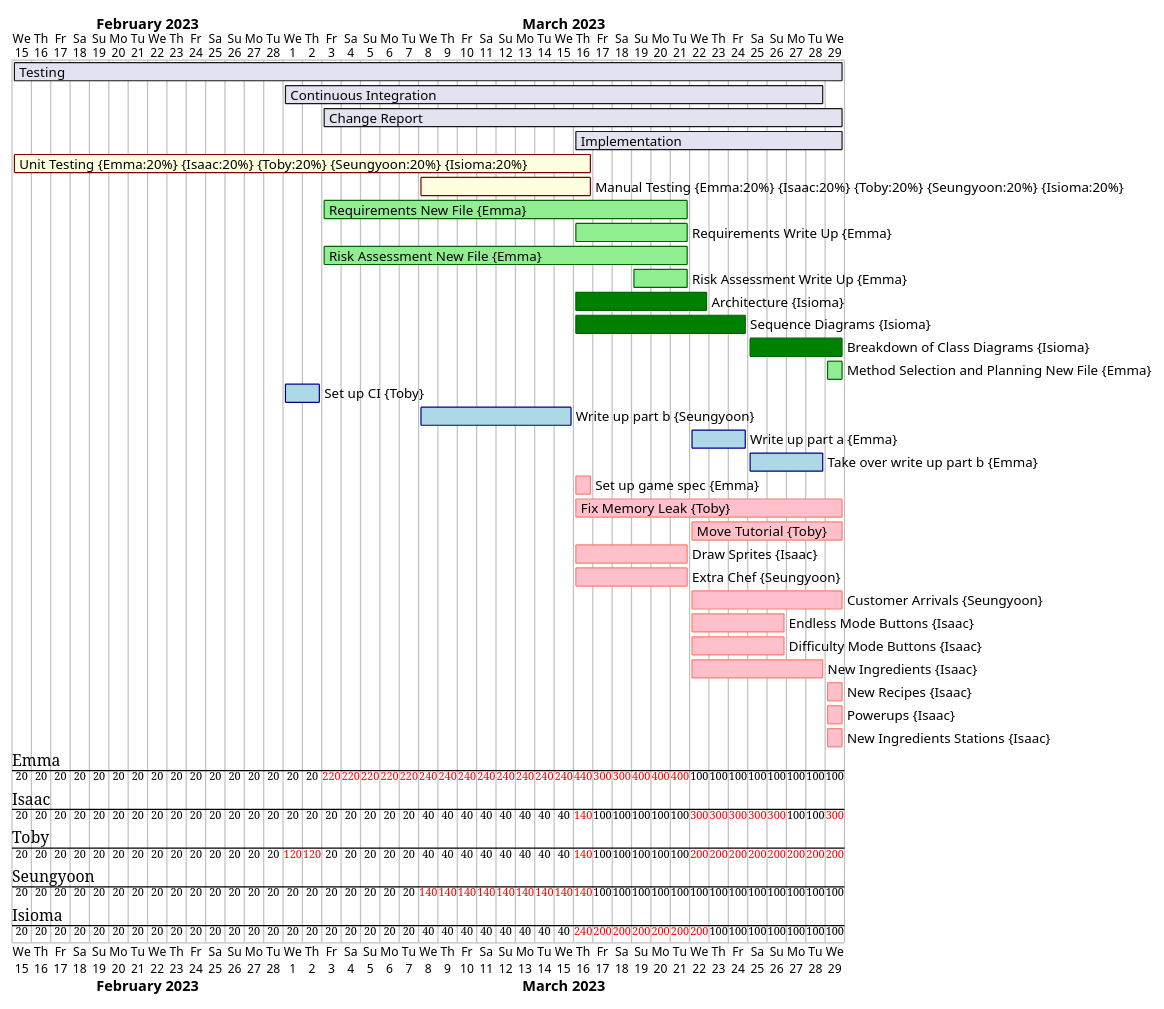
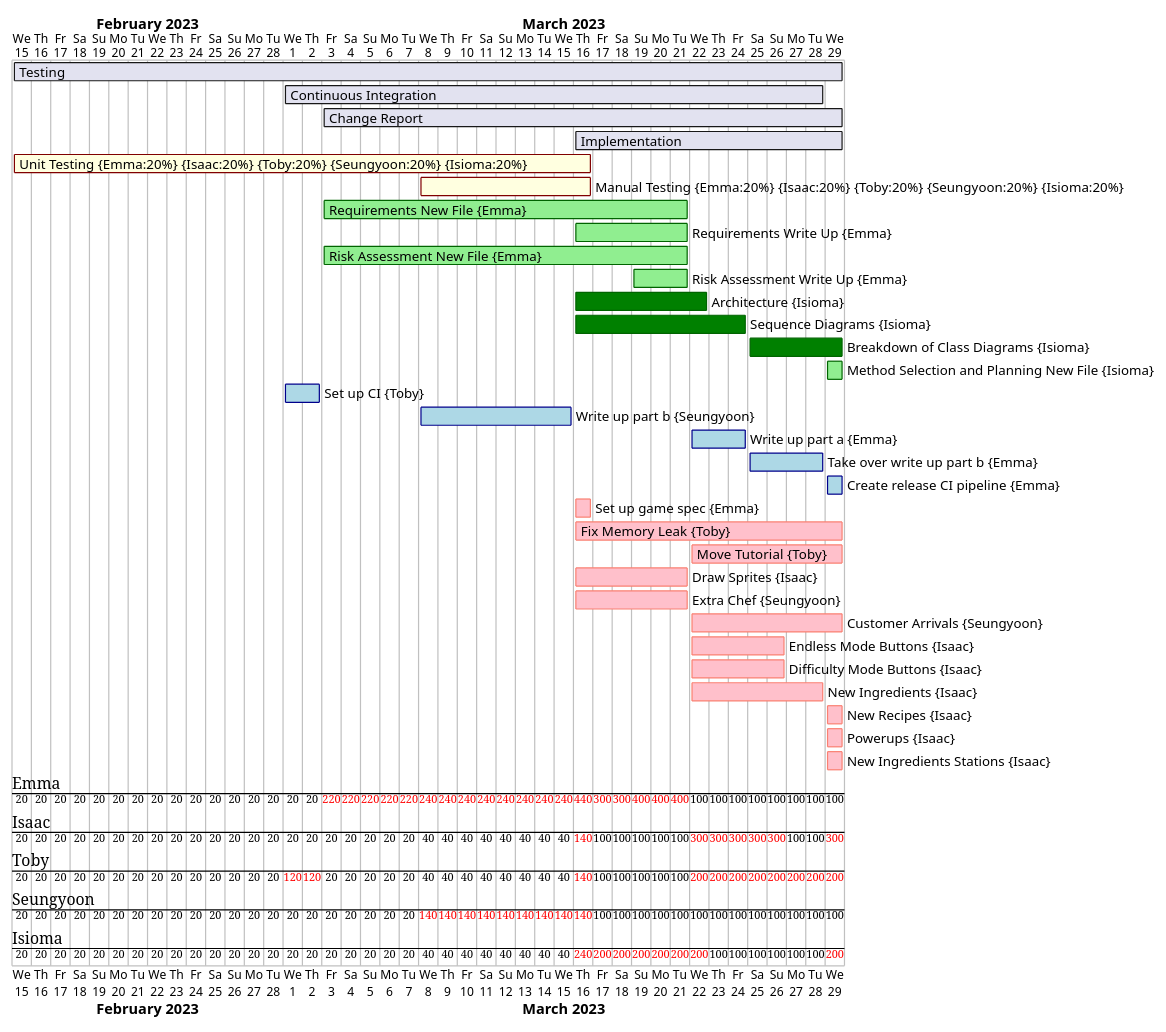
The diagram in gantts/Week6.puml (AsimovENG1/project_eng1_team3), drawn with PlantUML before and after one commit.

Commit message:
Updated week 6

```diff
--- a/gantts/Week6.puml
+++ b/gantts/Week6.puml
@@ -1,43 +1,44 @@
 @startgantt
 
 Project starts 2023-02-15
 
 [Testing] starts 2023-02-15
 [Testing] lasts 43 days
 [Continuous Integration] starts 2023-03-01
 [Continuous Integration] lasts 28 days
 [Change Report] starts 2023-03-03
 [Change Report] lasts 27 days
 [Implementation] starts 2023-03-16
 [Implementation] lasts 14 days
 
 [Unit Testing] on {Emma:20%} {Isaac:20%} {Toby:20%} {Seungyoon:20%} {Isioma:20%} starts 2023-02-15 and ends 2023-03-16 and is colored in LightYellow/Maroon
 [Manual Testing] on {Emma:20%} {Isaac:20%} {Toby:20%} {Seungyoon:20%} {Isioma:20%} starts 2023-03-08 and ends 2023-03-16 and is colored in LightYellow/Maroon
 
 [Requirements New File] on {Emma:100%} starts 2023-03-03 and ends 2023-03-21 and is colored in LightGreen/DarkGreen
 [Requirements Write Up] on {Emma:100%} starts 2023-03-16 and ends 2023-03-21 and is colored in LightGreen/DarkGreen
 [Risk Assessment New File] on {Emma:100%} starts 2023-03-03 and ends 2023-03-21 and is colored in LightGreen/DarkGreen
 [Risk Assessment Write Up] on {Emma:100%} starts 2023-03-19 and ends 2023-03-21 and is colored in LightGreen/DarkGreen
 [Architecture] on {Isioma:100%} starts 2023-03-16 and ends 2023-03-22 and is colored in Green/DarkGreen
 [Sequence Diagrams] on {Isioma:100%} starts 2023-03-16 and ends 2023-03-24 and is colored in Green/DarkGreen
 [Breakdown of Class Diagrams] on {Isioma:100%} starts 2023-03-25 and ends 2023-03-29 and is colored in Green/DarkGreen
-[Method Selection and Planning New File] on {Emma:100%} starts 2023-03-29 and ends 2023-03-29 and is colored in LightGreen/DarkGreen
+[Method Selection and Planning New File] on {Isioma:100%} starts 2023-03-29 and ends 2023-03-29 and is colored in LightGreen/DarkGreen
 
 [Set up CI] on {Toby:100%} starts 2023-03-01 and ends 2023-03-02 and is colored in LightBlue/DarkBlue
 [Write up part b] on {Seungyoon:100%} starts 2023-03-08 and ends 2023-03-15 and is colored in LightBlue/DarkBlue
 [Write up part a] on {Emma:100%} starts 2023-03-22 and ends 2023-03-24 and is colored in LightBlue/DarkBlue
 [Take over write up part b] on {Emma:100%} starts 2023-03-25 and ends 2023-03-28 and is colored in LightBlue/DarkBlue
+[Create release CI pipeline] on {Emma:100%} starts 2023-03-29 and ends 2023-03-29 and is colored in LightBlue/DarkBlue
 
 [Set up game spec] on {Emma:100%} starts 2023-03-16 and ends 2023-03-16 and is colored in Pink/Salmon
 [Fix Memory Leak] on {Toby:100%} starts 2023-03-16 and ends 2023-03-29 and is colored in Pink/Salmon
 [Move Tutorial] on {Toby:100%} starts 2023-03-22 and ends 2023-03-29 and is colored in Pink/Salmon
 [Draw Sprites] on {Isaac:100%} starts 2023-03-16 and ends 2023-03-21 and is colored in Pink/Salmon
 [Extra Chef] on {Seungyoon:100%} starts 2023-03-16 and ends 2023-03-21 and is colored in Pink/Salmon
 [Customer Arrivals] on {Seungyoon:100%} starts 2023-03-22 and ends 2023-03-29 and is colored in Pink/Salmon
 [Endless Mode Buttons] on {Isaac:100%} starts 2023-03-22 and ends 2023-03-26 and is colored in Pink/Salmon
 [Difficulty Mode Buttons] on {Isaac:100%} starts 2023-03-22 and ends 2023-03-26 and is colored in Pink/Salmon
 [New Ingredients] on {Isaac:100%} starts 2023-03-22 and ends 2023-03-28 and is colored in Pink/Salmon
 [New Recipes] on {Isaac:100%} starts 2023-03-29 and ends 2023-03-29 and is colored in Pink/Salmon
 [Powerups] on {Isaac:100%} starts 2023-03-29 and ends 2023-03-29 and is colored in Pink/Salmon
 [New Ingredients Stations] on {Isaac:100%} starts 2023-03-29 and ends 2023-03-29 and is colored in Pink/Salmon
 @endgantt
```
